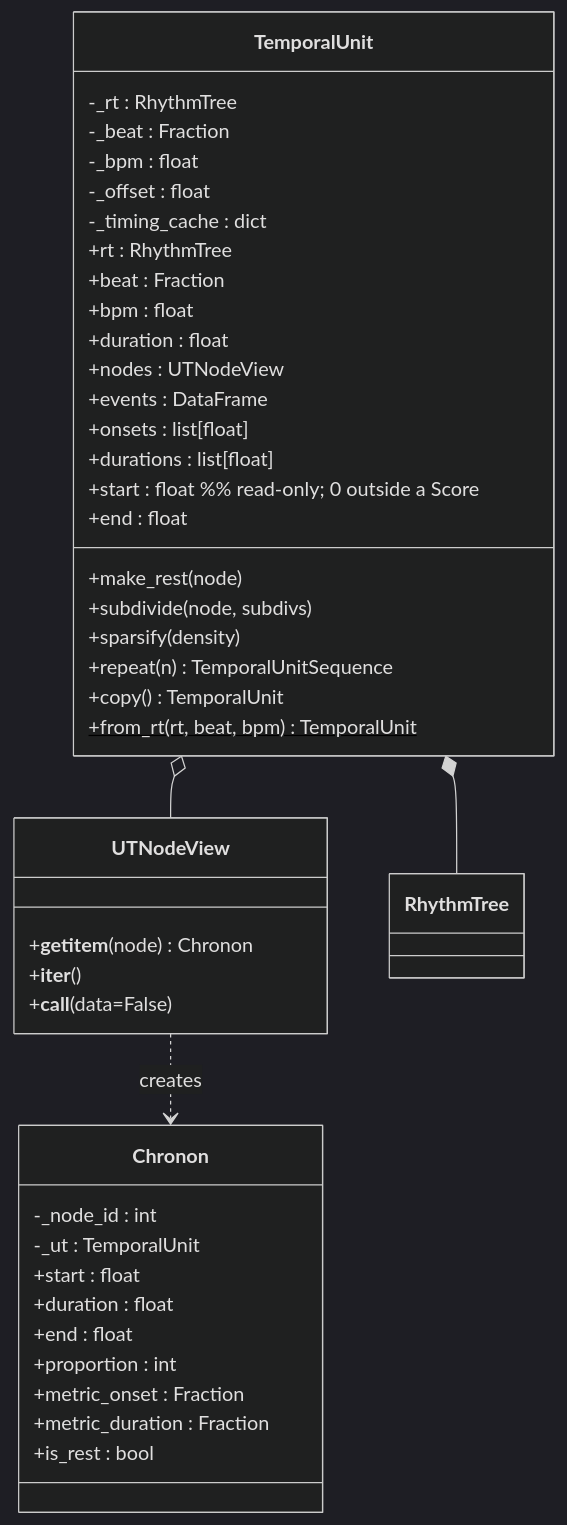
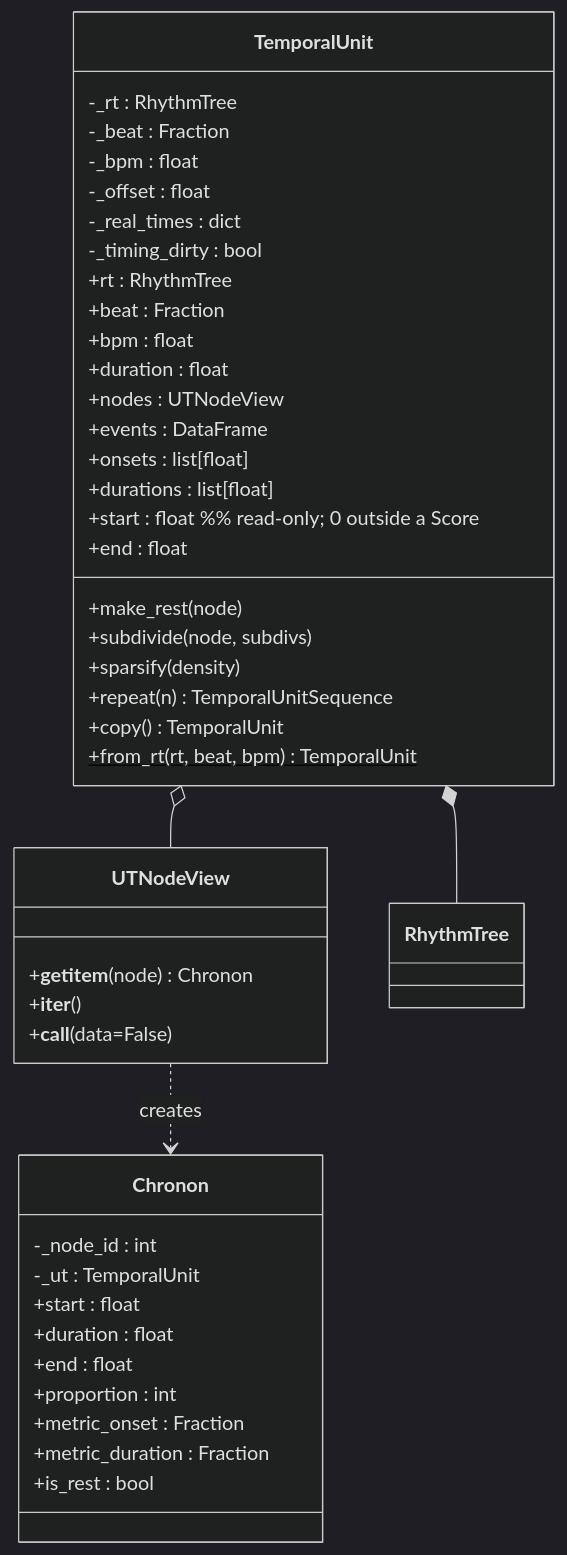
One commit to kr4g/Klotho changed the third of 7 diagrams in docs/architecture/02_CHRONOS.md. Above: the diagram before and after it, drawn with Mermaid (dark theme). The commit also changed other lines of this file and 13 other files, not shown here.

First line of the commit message:
Overhaul architecture docs for Klotho 10.x API

````diff
--- a/docs/architecture/02_CHRONOS.md
+++ b/docs/architecture/02_CHRONOS.md
@@ -194,48 +198,49 @@
 ```mermaid
 classDiagram
     class TemporalUnit {
         -_rt : RhythmTree
         -_beat : Fraction
         -_bpm : float
         -_offset : float
-        -_timing_cache : dict
+        -_real_times : dict
+        -_timing_dirty : bool
         +rt : RhythmTree
         +beat : Fraction
         +bpm : float
         +duration : float
         +nodes : UTNodeView
         +events : DataFrame
         +onsets : list[float]
         +durations : list[float]
         +start : float  %% read-only; 0 outside a Score
         +end : float
         +make_rest(node)
         +subdivide(node, subdivs)
         +sparsify(density)
         +repeat(n) TemporalUnitSequence
         +copy() TemporalUnit
         +from_rt(rt, beat, bpm) TemporalUnit$
     }
 
     class Chronon {
         -_node_id : int
         -_ut : TemporalUnit
         +start : float
         +duration : float
         +end : float
         +proportion : int
         +metric_onset : Fraction
         +metric_duration : Fraction
         +is_rest : bool
     }
 
     class UTNodeView {
         +__getitem__(node) Chronon
         +__iter__()
         +__call__(data=False)
     }
 
     TemporalUnit *-- RhythmTree
     TemporalUnit o-- UTNodeView
     UTNodeView ..> Chronon : creates
 ```
````
